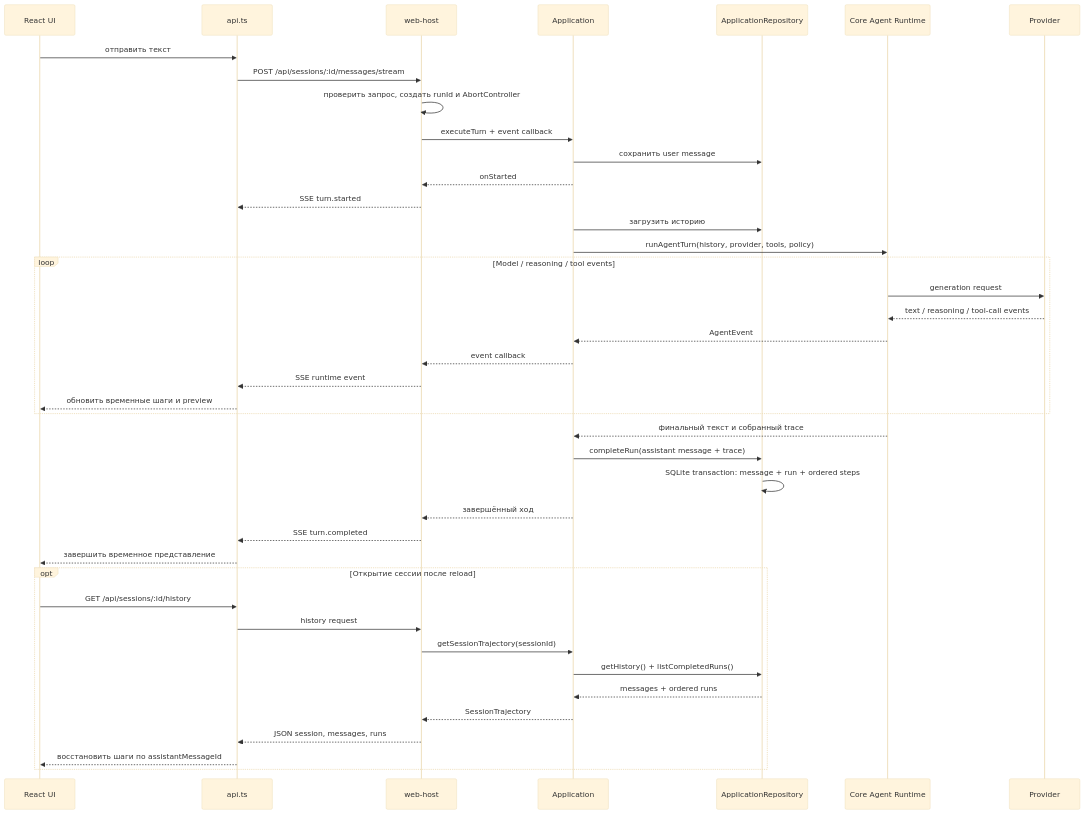
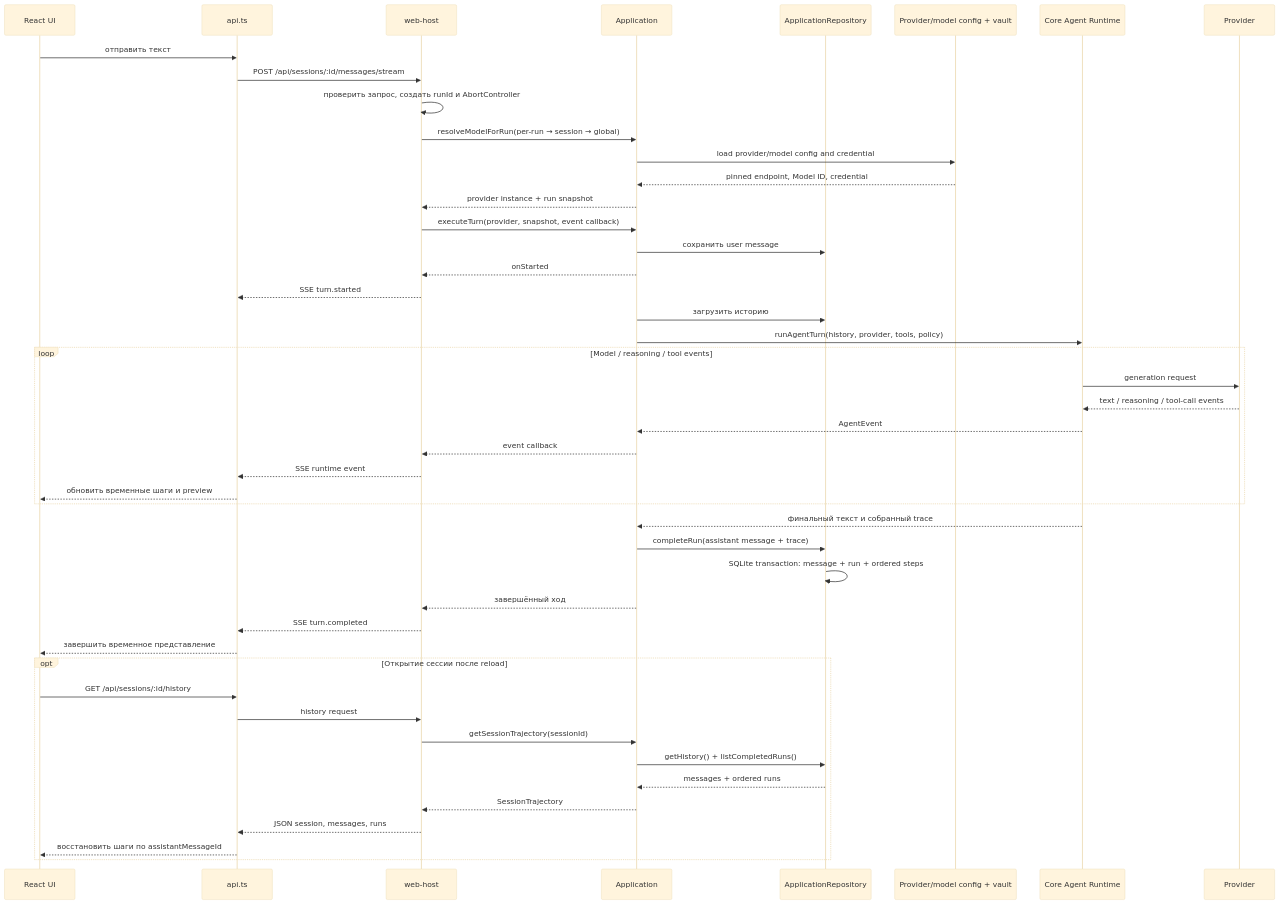
One commit to davy1ex/smysAgent changed the second of 3 diagrams in docs/onboarding/README.md. Above: the diagram before and after it, drawn with Mermaid (base theme). The commit also changed other lines of this file, not shown here.

Commit message:
docs: update provider configuration onboarding

````diff
--- a/docs/onboarding/README.md
+++ b/docs/onboarding/README.md
@@ -70,44 +74,49 @@
 ```mermaid
 sequenceDiagram
   participant UI as React UI
   participant Adapter as api.ts
   participant Host as web-host
   participant App as Application
   participant Repo as ApplicationRepository
+  participant Config as Provider/model config + vault
   participant Core as Core Agent Runtime
   participant Model as Provider
 
   UI->>Adapter: отправить текст
   Adapter->>Host: POST /api/sessions/:id/messages/stream
   Host->>Host: проверить запрос, создать runId и AbortController
-  Host->>App: executeTurn + event callback
+  Host->>App: resolveModelForRun(per-run → session → global)
+  App->>Config: load provider/model config and credential
+  Config-->>App: pinned endpoint, Model ID, credential
+  App-->>Host: provider instance + run snapshot
+  Host->>App: executeTurn(provider, snapshot, event callback)
   App->>Repo: сохранить user message
   App-->>Host: onStarted
   Host-->>Adapter: SSE turn.started
   App->>Repo: загрузить историю
   App->>Core: runAgentTurn(history, provider, tools, policy)
   loop Model / reasoning / tool events
     Core->>Model: generation request
     Model-->>Core: text / reasoning / tool-call events
     Core-->>App: AgentEvent
     App-->>Host: event callback
     Host-->>Adapter: SSE runtime event
     Adapter-->>UI: обновить временные шаги и preview
   end
   Core-->>App: финальный текст и собранный trace
   App->>Repo: completeRun(assistant message + trace)
   Repo->>Repo: SQLite transaction: message + run + ordered steps
   App-->>Host: завершённый ход
   Host-->>Adapter: SSE turn.completed
   Adapter-->>UI: завершить временное представление
   opt Открытие сессии после reload
     UI->>Adapter: GET /api/sessions/:id/history
     Adapter->>Host: history request
     Host->>App: getSessionTrajectory(sessionId)
     App->>Repo: getHistory() + listCompletedRuns()
     Repo-->>App: messages + ordered runs
     App-->>Host: SessionTrajectory
     Host-->>Adapter: JSON session, messages, runs
     Adapter-->>UI: восстановить шаги по assistantMessageId
   end
 ```
````
